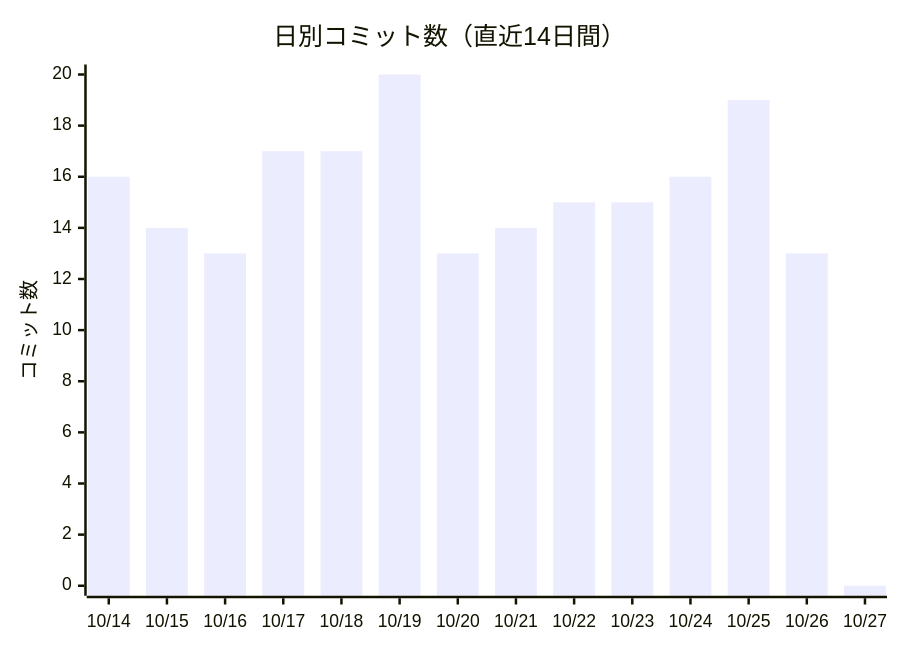
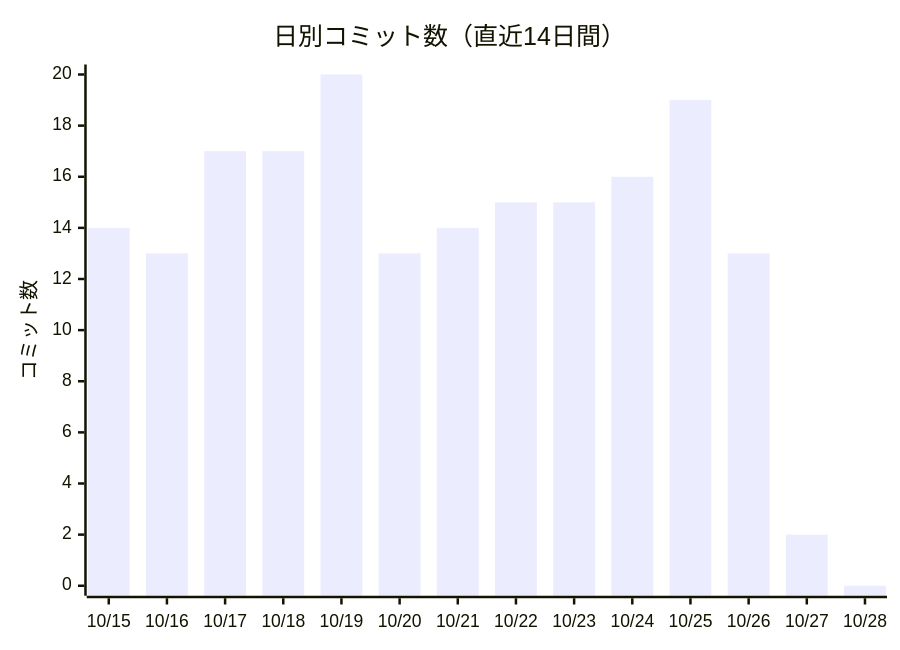
Before and after one commit to non-x2/non-x2: the first of 2 diagrams in docs/進化レポート.md, drawn with Mermaid. The commit also changed other lines of this file and 2 other files, not shown here.

````diff
--- a/docs/進化レポート.md
+++ b/docs/進化レポート.md
@@ -23,7 +23,7 @@
 ```mermaid
 xychart-beta
     title "日別コミット数（直近14日間）"
-    x-axis ["10/14", "10/15", "10/16", "10/17", "10/18", "10/19", "10/20", "10/21", "10/22", "10/23", "10/24", "10/25", "10/26", "10/27"]
+    x-axis ["10/15", "10/16", "10/17", "10/18", "10/19", "10/20", "10/21", "10/22", "10/23", "10/24", "10/25", "10/26", "10/27", "10/28"]
     y-axis "コミット数"
-    bar [16, 14, 13, 17, 17, 20, 13, 14, 15, 15, 16, 19, 13, 0]
+    bar [14, 13, 17, 17, 20, 13, 14, 15, 15, 16, 19, 13, 2, 0]
 ```
````
